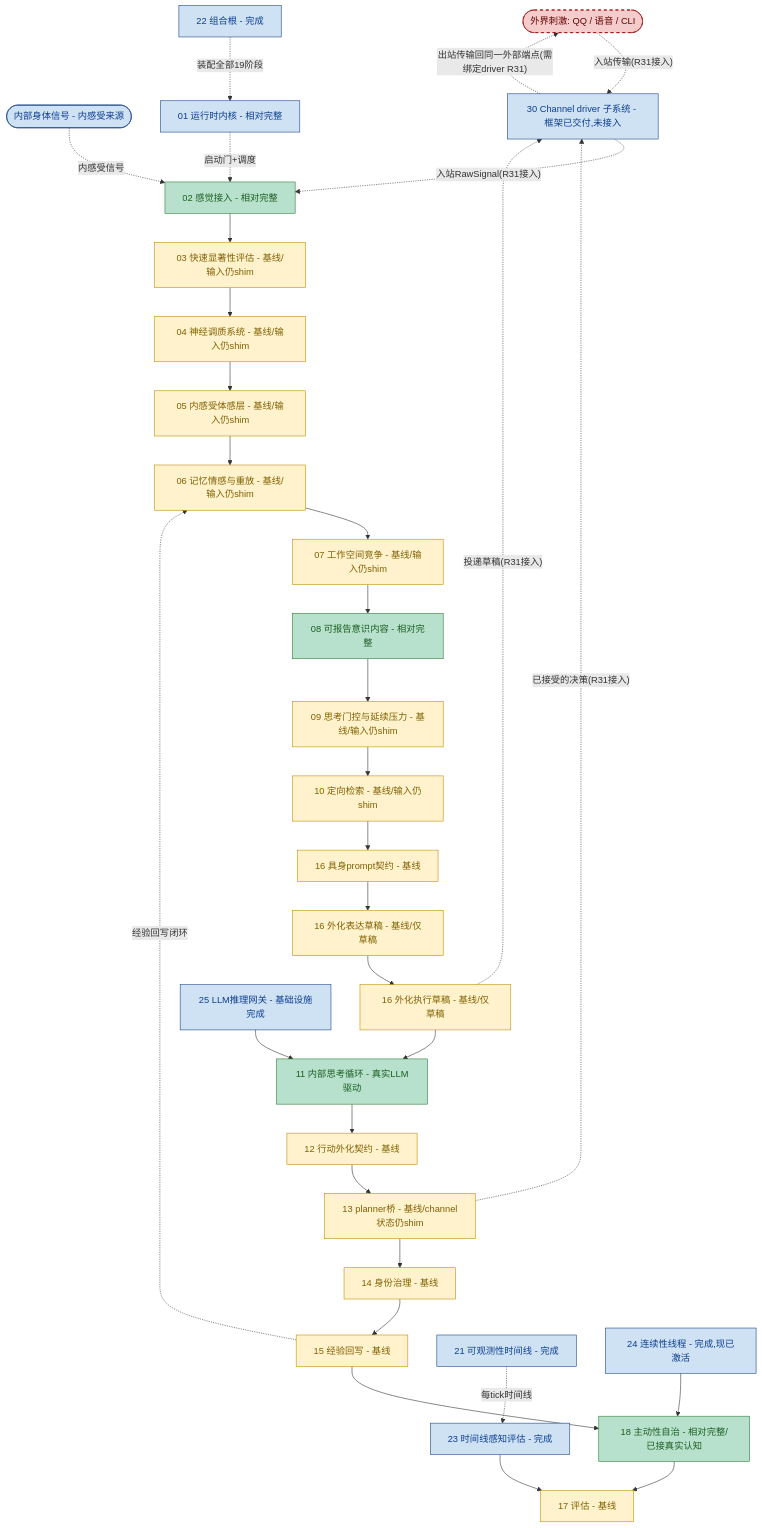
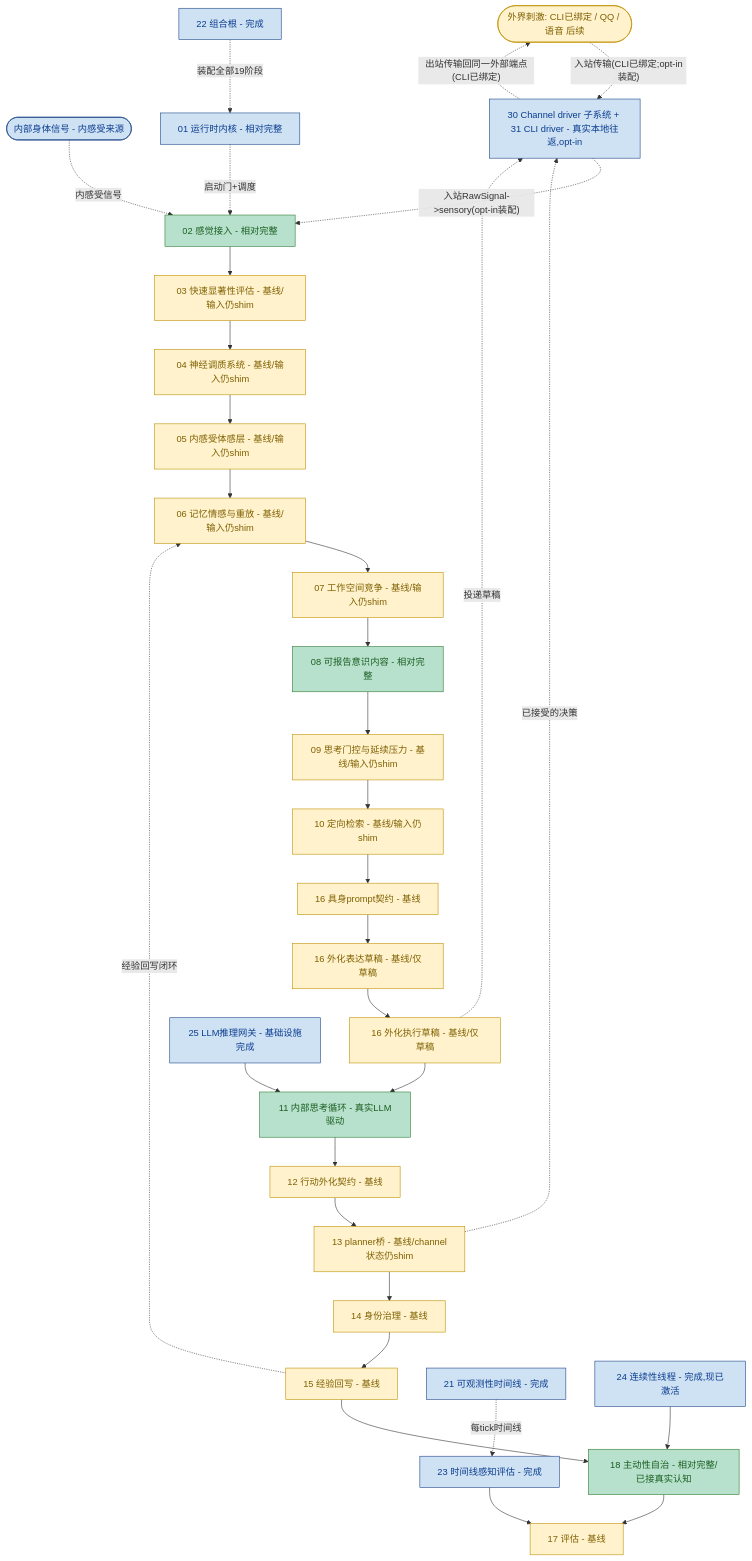
One commit to embalmer-Y/helios changed the diagram in helios_v2/docs/PROGRESS_FLOW.zh-CN.md. Above: the diagram before and after it, drawn with Mermaid. The commit also changed other lines of this file and 15 other files, not shown here.

````diff
--- a/helios_v2/docs/PROGRESS_FLOW.zh-CN.md
+++ b/helios_v2/docs/PROGRESS_FLOW.zh-CN.md
@@ -27,55 +27,55 @@
 ```mermaid
 flowchart TD
     classDef deep fill:#b7e1cd,stroke:#2e7d32,color:#1b5e20
     classDef base fill:#fff2cc,stroke:#bf9000,color:#7f6000
     classDef infra fill:#cfe2f3,stroke:#1c4587,color:#0b3d91
     classDef gap fill:#f4cccc,stroke:#990000,color:#660000,stroke-dasharray: 5 5
 
-    EXT([外界刺激: QQ / 语音 / CLI]):::gap
+    EXT([外界刺激: CLI已绑定 / QQ / 语音 后续]):::base
     BODY([内部身体信号 - 内感受来源]):::infra
     S02[02 感觉接入 - 相对完整]:::deep
     S03[03 快速显著性评估 - 基线/输入仍shim]:::base
     S04[04 神经调质系统 - 基线/输入仍shim]:::base
     S05[05 内感受体感层 - 基线/输入仍shim]:::base
     S06[06 记忆情感与重放 - 基线/输入仍shim]:::base
     S07[07 工作空间竞争 - 基线/输入仍shim]:::base
     S08[08 可报告意识内容 - 相对完整]:::deep
     S09[09 思考门控与延续压力 - 基线/输入仍shim]:::base
     S10[10 定向检索 - 基线/输入仍shim]:::base
     S16P[16 具身prompt契约 - 基线]:::base
     S16O[16 外化表达草稿 - 基线/仅草稿]:::base
     S16E[16 外化执行草稿 - 基线/仅草稿]:::base
     S11[11 内部思考循环 - 真实LLM驱动]:::deep
     S12[12 行动外化契约 - 基线]:::base
     S13[13 planner桥 - 基线/channel状态仍shim]:::base
     S14[14 身份治理 - 基线]:::base
     S15[15 经验回写 - 基线]:::base
     S18[18 主动性自治 - 相对完整/已接真实认知]:::deep
     S17[17 评估 - 基线]:::base
-    CH[30 Channel driver 子系统 - 框架已交付,未接入]:::infra
+    CH[30 Channel driver 子系统 + 31 CLI driver - 真实本地往返,opt-in]:::infra
 
     S02 --> S03 --> S04 --> S05 --> S06 --> S07 --> S08 --> S09 --> S10
     S10 --> S16P --> S16O --> S16E --> S11
     S11 --> S12 --> S13 --> S14 --> S15 --> S18 --> S17
-    EXT -. 入站传输(R31接入) .-> CH
+    EXT -. 入站传输(CLI已绑定;opt-in装配) .-> CH
     BODY -. 内感受信号 .-> S02
-    S13 -. 已接受的决策(R31接入) .-> CH
-    S16E -. 投递草稿(R31接入) .-> CH
-    CH -. 入站RawSignal(R31接入) .-> S02
-    CH -. 出站传输回同一外部端点(需绑定driver R31) .-> EXT
+    S13 -. 已接受的决策 .-> CH
+    S16E -. 投递草稿 .-> CH
+    CH -. 入站RawSignal->sensory(opt-in装配) .-> S02
+    CH -. 出站传输回同一外部端点(CLI已绑定) .-> EXT
     S15 -. 经验回写闭环 .-> S06
 
     LLM[25 LLM推理网关 - 基础设施完成]:::infra
     LLM --> S11
 
     K01[01 运行时内核 - 相对完整]:::infra
     OBS[21 可观测性时间线 - 完成]:::infra
     COMP[22 组合根 - 完成]:::infra
     EV23[23 时间线感知评估 - 完成]:::infra
     TH24[24 连续性线程 - 完成,现已激活]:::infra
     K01 -. 启动门+调度 .-> S02
     OBS -. 每tick时间线 .-> EV23
     EV23 --> S17
     TH24 --> S18
     COMP -. 装配全部19阶段 .-> K01
 ```
````
